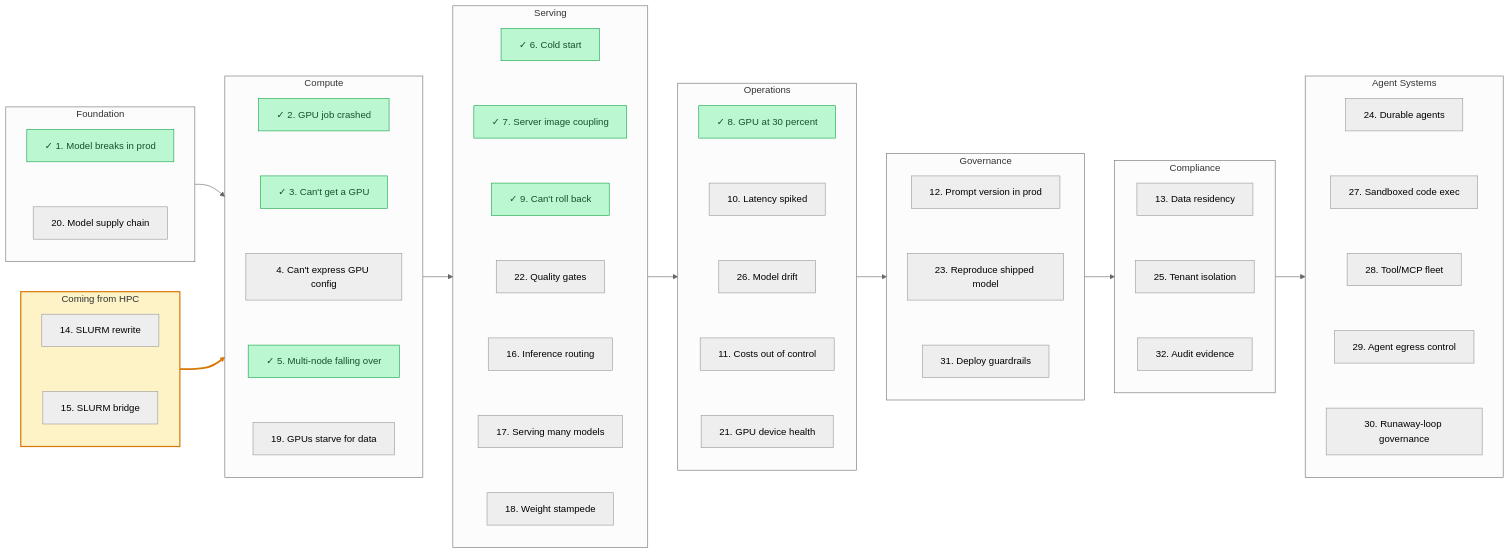
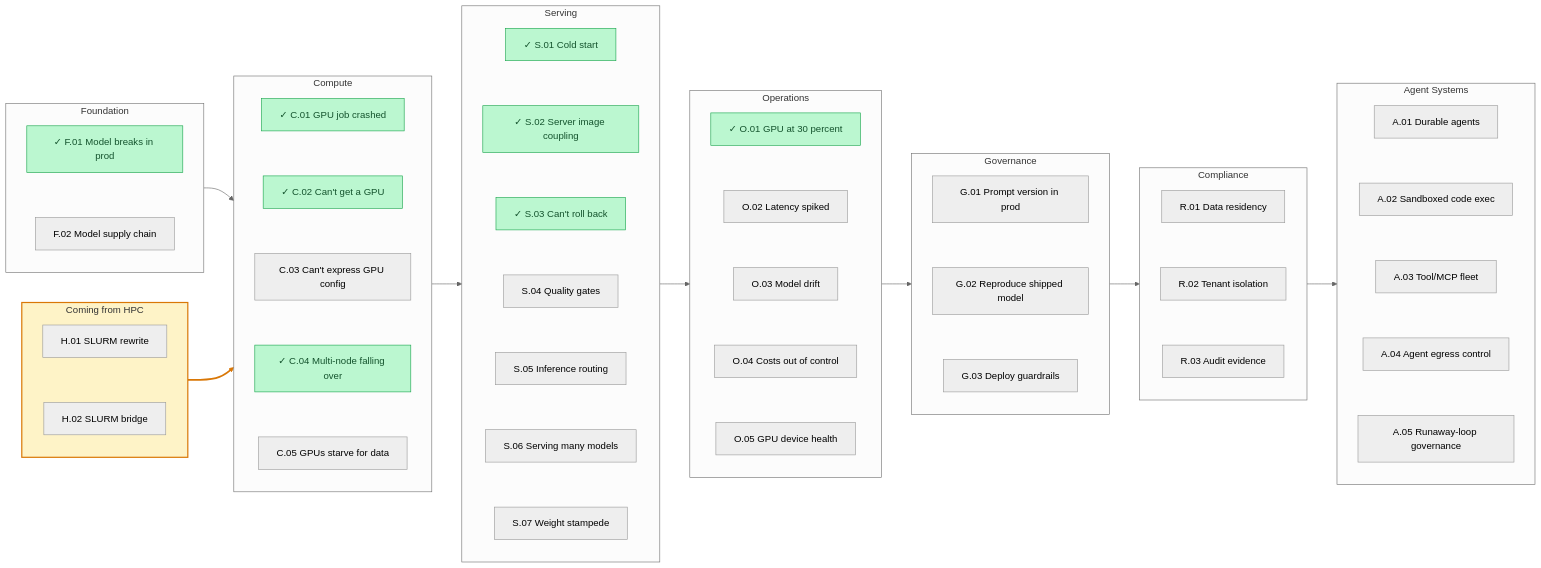
Before and after one commit to arun-gupta/the-pain-first-way: the diagram in README.md, drawn with Mermaid (neutral theme). The commit also changed 84 other files, not shown here.

````diff
--- a/README.md
+++ b/README.md
@@ -24,17 +24,17 @@
 flowchart LR
     subgraph S1[Foundation]
         direction TB
-        N1[✓ 1. Model breaks in prod]
-        N20[20. Model supply chain]
+        N1[✓ F.01 Model breaks in prod]
+        N20[F.02 Model supply chain]
         N1 ~~~ N20
     end
     subgraph S2[Compute]
         direction TB
-        N2[✓ 2. GPU job crashed]
-        N3[✓ 3. Can't get a GPU]
-        N4[4. Can't express GPU config]
-        N5[✓ 5. Multi-node falling over]
-        N19[19. GPUs starve for data]
+        N2[✓ C.01 GPU job crashed]
+        N3[✓ C.02 Can't get a GPU]
+        N4[C.03 Can't express GPU config]
+        N5[✓ C.04 Multi-node falling over]
+        N19[C.05 GPUs starve for data]
         N2 ~~~ N3
         N3 ~~~ N4
         N4 ~~~ N5
@@ -42,13 +42,13 @@
     end
     subgraph S3[Serving]
         direction TB
-        N6[✓ 6. Cold start]
-        N7[✓ 7. Server image coupling]
-        N9[✓ 9. Can't roll back]
-        N22[22. Quality gates]
-        N16[16. Inference routing]
-        N17[17. Serving many models]
-        N18[18. Weight stampede]
+        N6[✓ S.01 Cold start]
+        N7[✓ S.02 Server image coupling]
+        N9[✓ S.03 Can't roll back]
+        N22[S.04 Quality gates]
+        N16[S.05 Inference routing]
+        N17[S.06 Serving many models]
+        N18[S.07 Weight stampede]
         N6 ~~~ N7
         N7 ~~~ N9
         N9 ~~~ N22
@@ -58,11 +58,11 @@
     end
     subgraph S4[Operations]
         direction TB
-        N8[✓ 8. GPU at 30 percent]
-        N10[10. Latency spiked]
-        N26[26. Model drift]
-        N11[11. Costs out of control]
-        N21[21. GPU device health]
+        N8[✓ O.01 GPU at 30 percent]
+        N10[O.02 Latency spiked]
+        N26[O.03 Model drift]
+        N11[O.04 Costs out of control]
+        N21[O.05 GPU device health]
         N8 ~~~ N10
         N10 ~~~ N26
         N26 ~~~ N11
@@ -70,27 +70,27 @@
     end
     subgraph S5[Governance]
         direction TB
-        N12[12. Prompt version in prod]
-        N23[23. Reproduce shipped model]
-        N31[31. Deploy guardrails]
+        N12[G.01 Prompt version in prod]
+        N23[G.02 Reproduce shipped model]
+        N31[G.03 Deploy guardrails]
         N12 ~~~ N23
         N23 ~~~ N31
     end
     subgraph S6[Compliance]
         direction TB
-        N13[13. Data residency]
-        N25[25. Tenant isolation]
-        N32[32. Audit evidence]
+        N13[R.01 Data residency]
+        N25[R.02 Tenant isolation]
+        N32[R.03 Audit evidence]
         N13 ~~~ N25
         N25 ~~~ N32
     end
     subgraph S7[Agent Systems]
         direction TB
-        N24[24. Durable agents]
-        N27[27. Sandboxed code exec]
-        N28[28. Tool/MCP fleet]
-        N29[29. Agent egress control]
-        N30[30. Runaway-loop governance]
+        N24[A.01 Durable agents]
+        N27[A.02 Sandboxed code exec]
+        N28[A.03 Tool/MCP fleet]
+        N29[A.04 Agent egress control]
+        N30[A.05 Runaway-loop governance]
         N24 ~~~ N27
         N27 ~~~ N28
         N28 ~~~ N29
@@ -98,8 +98,8 @@
     end
     subgraph SHPC[Coming from HPC]
         direction TB
-        N14[14. SLURM rewrite]
-        N15[15. SLURM bridge]
+        N14[H.01 SLURM rewrite]
+        N15[H.02 SLURM bridge]
         N14 ~~~ N15
     end
     S1 --> S2 --> S3 --> S4 --> S5 --> S6 --> S7
@@ -108,36 +108,36 @@
     class N1,N2,N3,N5,N6,N7,N8,N9 avail;
     style SHPC fill:#fef3c7,stroke:#d97706,stroke-width:2px;
     linkStyle 30 stroke:#d97706,stroke-width:3px;
-    click N1 "https://github.com/arun-gupta/the-pain-first-way/blob/main/pains/01-model-works-locally.md"
-    click N2 "https://github.com/arun-gupta/the-pain-first-way/blob/main/pains/02-gpu-job-crashed.md"
-    click N3 "https://github.com/arun-gupta/the-pain-first-way/blob/main/pains/03-cant-get-a-gpu.md"
-    click N4 "https://github.com/arun-gupta/the-pain-first-way/blob/main/pains/04-whole-gpus-only.md"
-    click N5 "https://github.com/arun-gupta/the-pain-first-way/blob/main/pains/05-multi-node-training.md"
-    click N6 "https://github.com/arun-gupta/the-pain-first-way/blob/main/pains/06-cold-start.md"
-    click N7 "https://github.com/arun-gupta/the-pain-first-way/blob/main/pains/07-server-image-coupling.md"
-    click N8 "https://github.com/arun-gupta/the-pain-first-way/blob/main/pains/08-gpu-underutilized.md"
-    click N9 "https://github.com/arun-gupta/the-pain-first-way/blob/main/pains/09-cant-roll-back.md"
-    click N10 "https://github.com/arun-gupta/the-pain-first-way/blob/main/pains/10-latency-spiked.md"
-    click N11 "https://github.com/arun-gupta/the-pain-first-way/blob/main/pains/11-costs-out-of-control.md"
-    click N12 "https://github.com/arun-gupta/the-pain-first-way/blob/main/pains/12-prompt-version.md"
-    click N13 "https://github.com/arun-gupta/the-pain-first-way/blob/main/pains/13-data-residency.md"
-    click N14 "https://github.com/arun-gupta/the-pain-first-way/blob/main/pains/14-slurm-migration.md"
-    click N15 "https://github.com/arun-gupta/the-pain-first-way/blob/main/pains/15-slurm-bridge.md"
-    click N16 "https://github.com/arun-gupta/the-pain-first-way/blob/main/pains/16-inference-routing.md"
-    click N17 "https://github.com/arun-gupta/the-pain-first-way/blob/main/pains/17-serving-many-models.md"
-    click N18 "https://github.com/arun-gupta/the-pain-first-way/blob/main/pains/18-weight-stampede.md"
-    click N19 "https://github.com/arun-gupta/the-pain-first-way/blob/main/pains/19-data-starvation.md"
-    click N20 "https://github.com/arun-gupta/the-pain-first-way/blob/main/pains/20-model-supply-chain.md"
-    click N21 "https://github.com/arun-gupta/the-pain-first-way/blob/main/pains/21-device-health.md"
-    click N22 "https://github.com/arun-gupta/the-pain-first-way/blob/main/pains/22-quality-gates.md"
-    click N23 "https://github.com/arun-gupta/the-pain-first-way/blob/main/pains/23-model-reproducibility.md"
-    click N24 "https://github.com/arun-gupta/the-pain-first-way/blob/main/pains/24-durable-agents.md"
-    click N25 "https://github.com/arun-gupta/the-pain-first-way/blob/main/pains/25-tenant-isolation.md"
-    click N26 "https://github.com/arun-gupta/the-pain-first-way/blob/main/pains/26-model-drift.md"
-    click N27 "https://github.com/arun-gupta/the-pain-first-way/blob/main/pains/27-agent-sandbox.md"
-    click N28 "https://github.com/arun-gupta/the-pain-first-way/blob/main/pains/28-tool-fleet.md"
-    click N29 "https://github.com/arun-gupta/the-pain-first-way/blob/main/pains/29-agent-egress.md"
-    click N30 "https://github.com/arun-gupta/the-pain-first-way/blob/main/pains/30-runaway-agents.md"
-    click N31 "https://github.com/arun-gupta/the-pain-first-way/blob/main/pains/31-deploy-guardrails.md"
-    click N32 "https://github.com/arun-gupta/the-pain-first-way/blob/main/pains/32-audit-evidence.md"
+    click N1 "https://github.com/arun-gupta/the-pain-first-way/blob/main/pains/F01-model-works-locally.md"
+    click N2 "https://github.com/arun-gupta/the-pain-first-way/blob/main/pains/C01-gpu-job-crashed.md"
+    click N3 "https://github.com/arun-gupta/the-pain-first-way/blob/main/pains/C02-cant-get-a-gpu.md"
+    click N4 "https://github.com/arun-gupta/the-pain-first-way/blob/main/pains/C03-whole-gpus-only.md"
+    click N5 "https://github.com/arun-gupta/the-pain-first-way/blob/main/pains/C04-multi-node-training.md"
+    click N6 "https://github.com/arun-gupta/the-pain-first-way/blob/main/pains/S01-cold-start.md"
+    click N7 "https://github.com/arun-gupta/the-pain-first-way/blob/main/pains/S02-server-image-coupling.md"
+    click N8 "https://github.com/arun-gupta/the-pain-first-way/blob/main/pains/O01-gpu-underutilized.md"
+    click N9 "https://github.com/arun-gupta/the-pain-first-way/blob/main/pains/S03-cant-roll-back.md"
+    click N10 "https://github.com/arun-gupta/the-pain-first-way/blob/main/pains/O02-latency-spiked.md"
+    click N11 "https://github.com/arun-gupta/the-pain-first-way/blob/main/pains/O04-costs-out-of-control.md"
+    click N12 "https://github.com/arun-gupta/the-pain-first-way/blob/main/pains/G01-prompt-version.md"
+    click N13 "https://github.com/arun-gupta/the-pain-first-way/blob/main/pains/R01-data-residency.md"
+    click N14 "https://github.com/arun-gupta/the-pain-first-way/blob/main/pains/H01-slurm-migration.md"
+    click N15 "https://github.com/arun-gupta/the-pain-first-way/blob/main/pains/H02-slurm-bridge.md"
+    click N16 "https://github.com/arun-gupta/the-pain-first-way/blob/main/pains/S05-inference-routing.md"
+    click N17 "https://github.com/arun-gupta/the-pain-first-way/blob/main/pains/S06-serving-many-models.md"
+    click N18 "https://github.com/arun-gupta/the-pain-first-way/blob/main/pains/S07-weight-stampede.md"
+    click N19 "https://github.com/arun-gupta/the-pain-first-way/blob/main/pains/C05-data-starvation.md"
+    click N20 "https://github.com/arun-gupta/the-pain-first-way/blob/main/pains/F02-model-supply-chain.md"
+    click N21 "https://github.com/arun-gupta/the-pain-first-way/blob/main/pains/O05-device-health.md"
+    click N22 "https://github.com/arun-gupta/the-pain-first-way/blob/main/pains/S04-quality-gates.md"
+    click N23 "https://github.com/arun-gupta/the-pain-first-way/blob/main/pains/G02-model-reproducibility.md"
+    click N24 "https://github.com/arun-gupta/the-pain-first-way/blob/main/pains/A01-durable-agents.md"
+    click N25 "https://github.com/arun-gupta/the-pain-first-way/blob/main/pains/R02-tenant-isolation.md"
+    click N26 "https://github.com/arun-gupta/the-pain-first-way/blob/main/pains/O03-model-drift.md"
+    click N27 "https://github.com/arun-gupta/the-pain-first-way/blob/main/pains/A02-agent-sandbox.md"
+    click N28 "https://github.com/arun-gupta/the-pain-first-way/blob/main/pains/A03-tool-fleet.md"
+    click N29 "https://github.com/arun-gupta/the-pain-first-way/blob/main/pains/A04-agent-egress.md"
+    click N30 "https://github.com/arun-gupta/the-pain-first-way/blob/main/pains/A05-runaway-agents.md"
+    click N31 "https://github.com/arun-gupta/the-pain-first-way/blob/main/pains/G03-deploy-guardrails.md"
+    click N32 "https://github.com/arun-gupta/the-pain-first-way/blob/main/pains/R03-audit-evidence.md"
 ```
````
